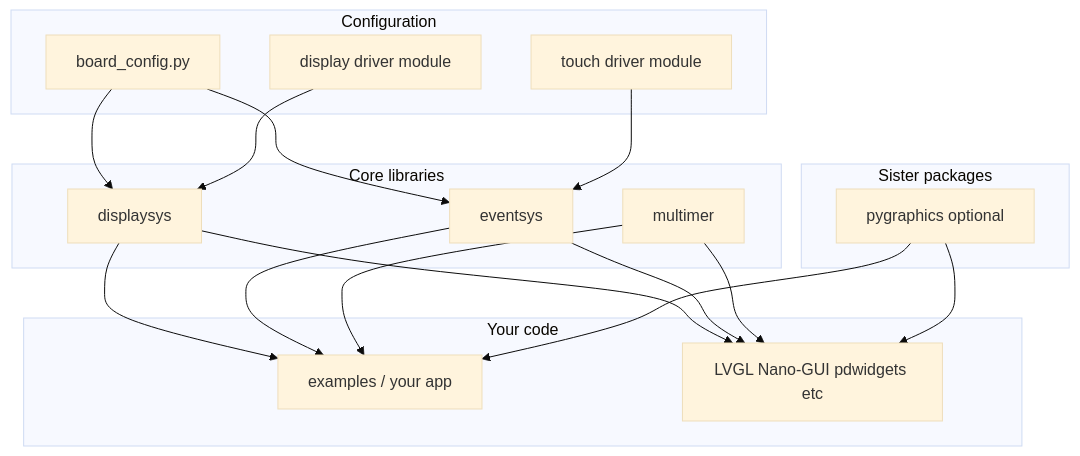
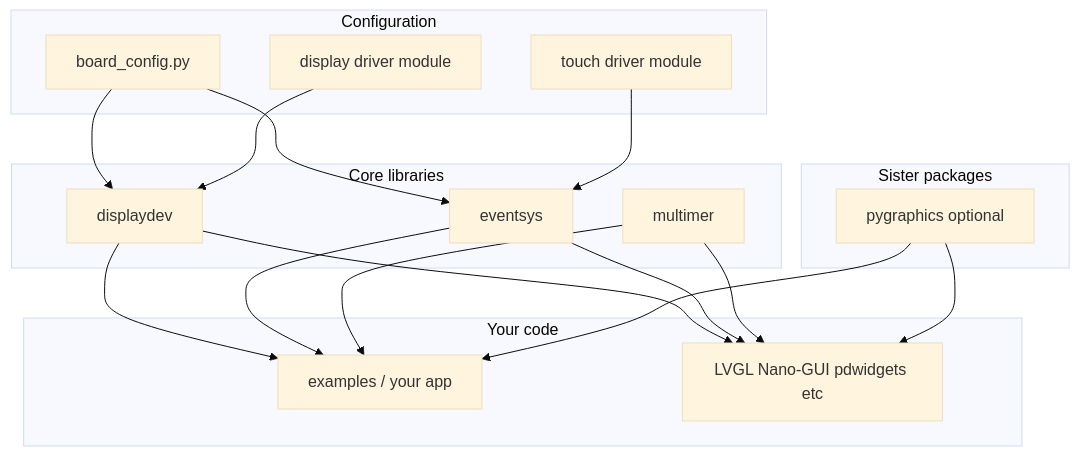
The diagram in docs/concepts/architecture.md (PyDevices/pydisplay), drawn with Mermaid (base theme) before and after one commit. The commit also changed other lines of this file and 149 other files, not shown here.

````diff
--- a/docs/concepts/architecture.md
+++ b/docs/concepts/architecture.md
@@ -7,32 +7,32 @@
 ```mermaid
 flowchart TB
   subgraph config [Configuration]
     BC[board_config.py]
     DD[display driver module]
     TD[touch driver module]
   end
   subgraph core [Core libraries]
-    DS[displaysys]
+    DS[displaydev]
     ES[eventsys]
     MT[multimer]
   end
   subgraph sister [Sister packages]
     GR[pygraphics optional]
   end
   subgraph app [Your code]
     EX[examples / your app]
     GUI[LVGL Nano-GUI pdwidgets etc]
   end
   BC --> DS
   BC --> ES
   DD --> DS
   TD --> ES
   DS --> EX
   ES --> EX
   MT --> EX
   DS --> GUI
   ES --> GUI
   MT --> GUI
   GR --> EX
   GR --> GUI
 ```
````
